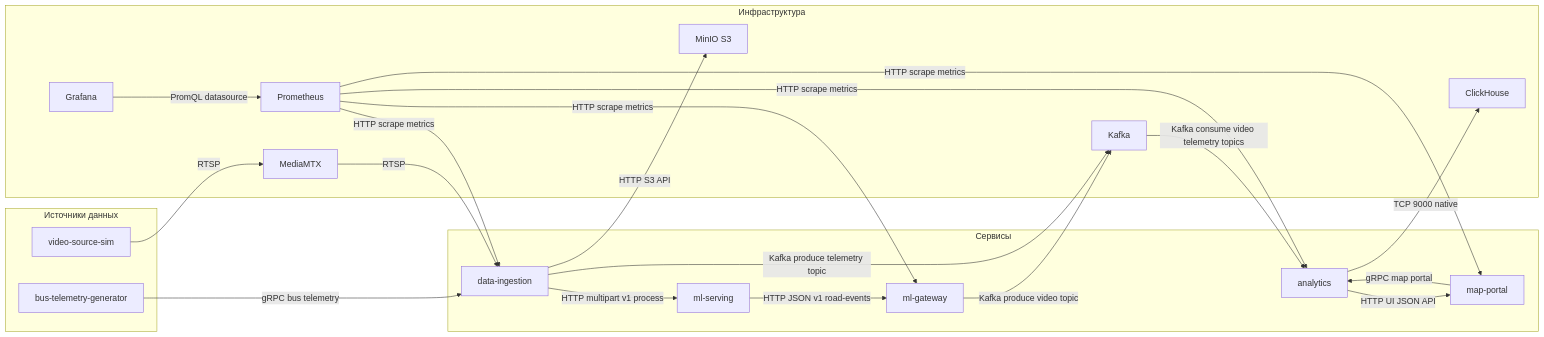
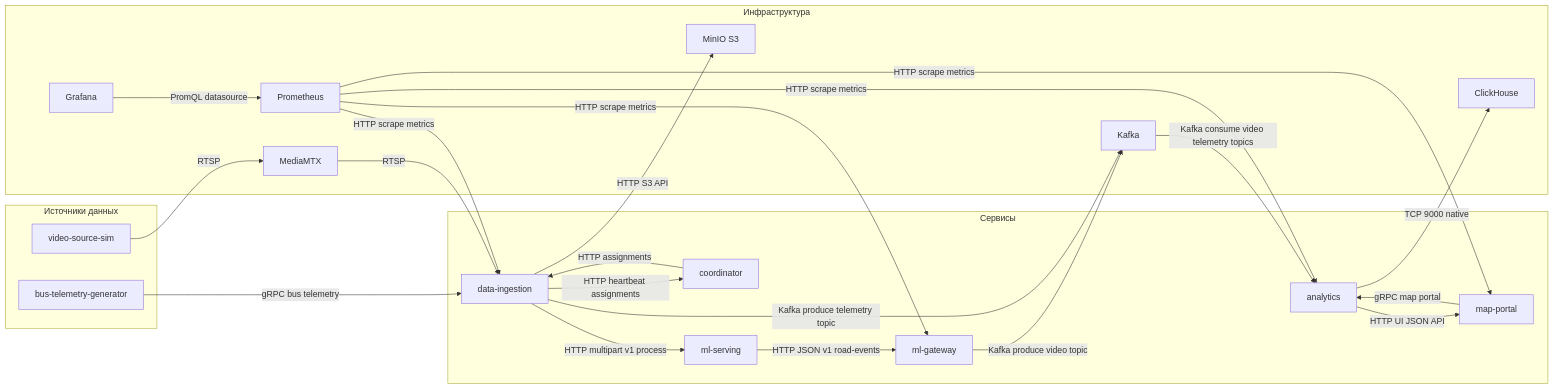
Before and after one commit to Phund4/its-project: the first of 2 diagrams in README.md, drawn with Mermaid. The commit also changed other lines of this file and 24 other files, not shown here.

````diff
--- a/README.md
+++ b/README.md
@@ -5,45 +5,48 @@
 ```mermaid
 flowchart LR
   subgraph Producers["Источники данных"]
     VideoSim[video-source-sim]
     BusGen[bus-telemetry-generator]
   end
 
   subgraph Services["Сервисы"]
     DI[data-ingestion]
+    COORD[coordinator]
     MLS[ml-serving]
     MLG[ml-gateway]
     AN[analytics]
     MP[map-portal]
   end
 
   subgraph Infra["Инфраструктура"]
     MTX[MediaMTX]
     MinIO[MinIO S3]
     KFK[Kafka]
     CH[ClickHouse]
     Prom[Prometheus]
     Graf[Grafana]
   end
 
   VideoSim -->|RTSP| MTX
+  DI -->|HTTP heartbeat assignments| COORD
+  COORD -->|HTTP assignments| DI
   MTX -->|RTSP| DI
   DI -->|HTTP S3 API| MinIO
   DI -->|HTTP multipart v1 process| MLS
   MLS -->|HTTP JSON v1 road-events| MLG
   MLG -->|Kafka produce video topic| KFK
   KFK -->|Kafka consume video telemetry topics| AN
   AN -->|TCP 9000 native| CH
 
   BusGen -->|gRPC bus telemetry| DI
   DI -->|Kafka produce telemetry topic| KFK
 
   MP -->|gRPC map portal| AN
   AN -->|HTTP UI JSON API| MP
 
   Prom -->|HTTP scrape metrics| DI
   Prom -->|HTTP scrape metrics| MLG
   Prom -->|HTTP scrape metrics| AN
   Prom -->|HTTP scrape metrics| MP
   Graf -->|PromQL datasource| Prom
 ```
````
